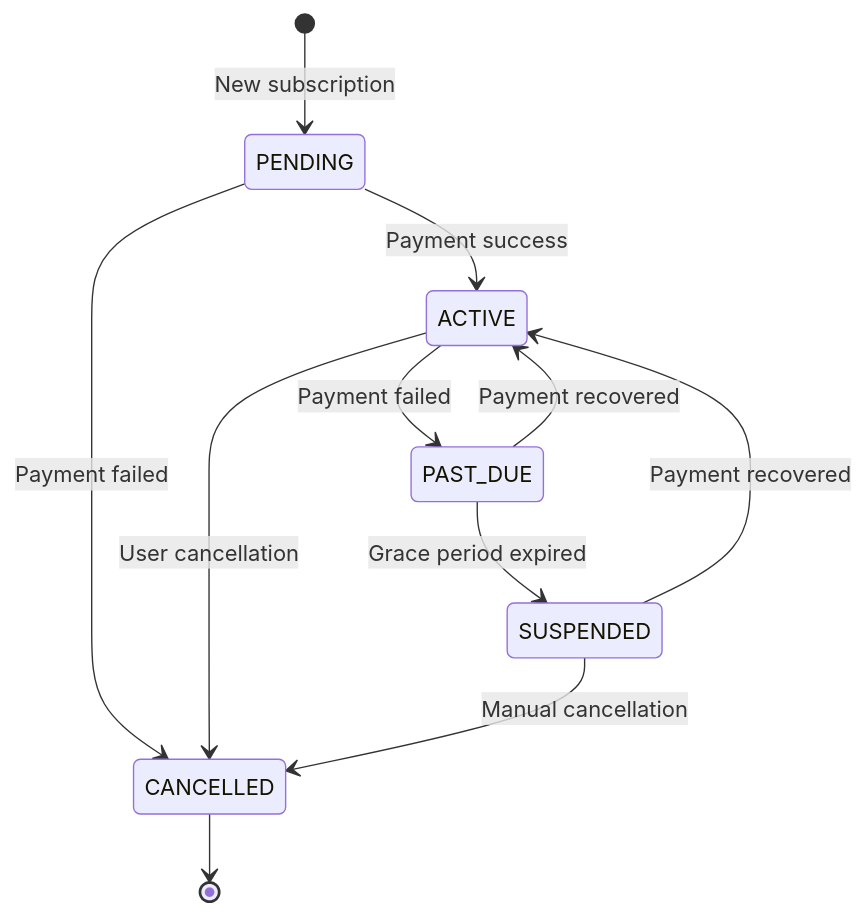
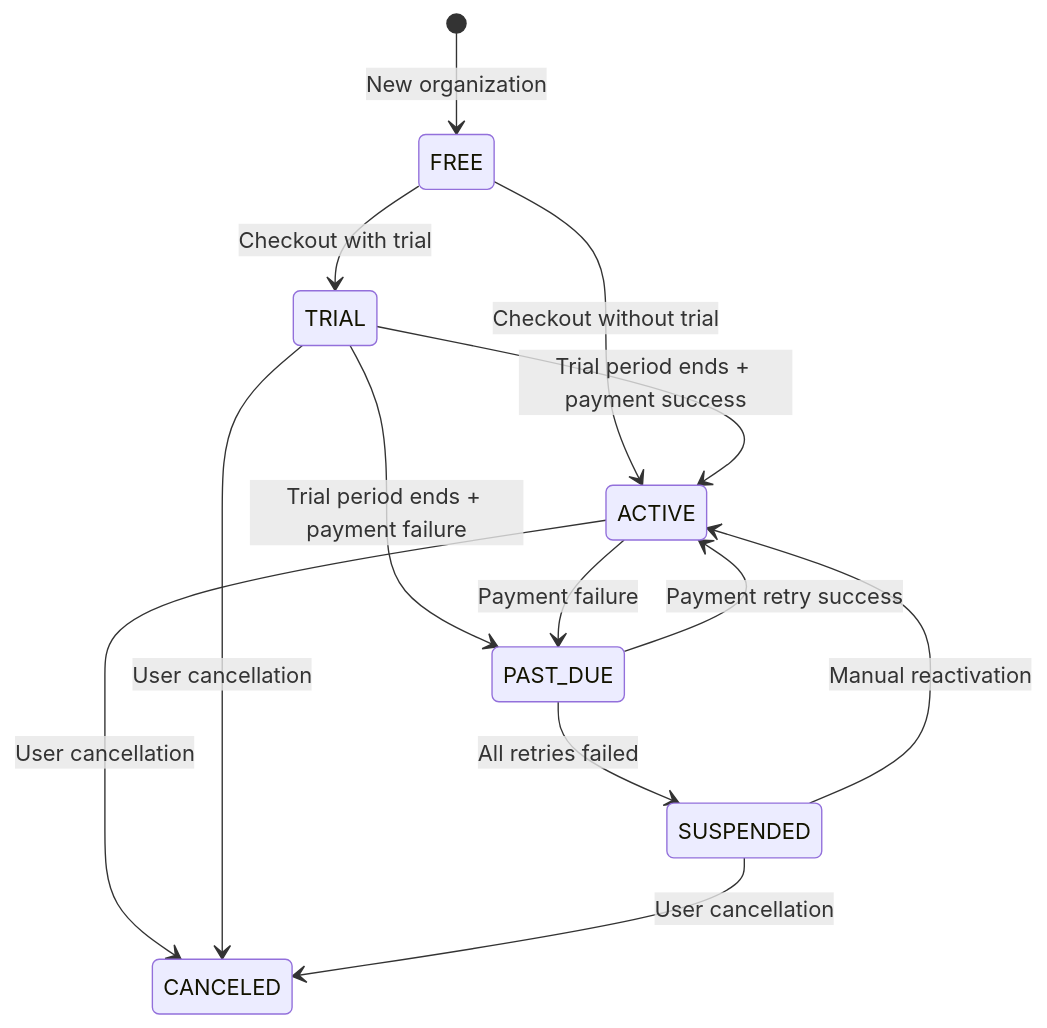
Before and after one commit to tech-propwise-org/docs: the second of 2 diagrams in backend/subscription/subscription-module-specification-active.mdx, drawn with Mermaid. The commit also changed other lines of this file and 61 other files, not shown here.

````diff
--- a/backend/subscription/subscription-module-specification-active.mdx
+++ b/backend/subscription/subscription-module-specification-active.mdx
@@ -769,16 +586,15 @@
 ```mermaid
 stateDiagram-v2
-    [*] --> PENDING: New subscription
-    PENDING --> ACTIVE: Payment success
-    PENDING --> CANCELLED: Payment failed
-    
-    ACTIVE --> PAST_DUE: Payment failed
-    PAST_DUE --> ACTIVE: Payment recovered
-    PAST_DUE --> SUSPENDED: Grace period expired
-    
-    ACTIVE --> CANCELLED: User cancellation
-    SUSPENDED --> ACTIVE: Payment recovered
-    SUSPENDED --> CANCELLED: Manual cancellation
-    
-    CANCELLED --> [*]
+    [*] --> FREE: New organization
+    FREE --> TRIAL: Checkout with trial
+    FREE --> ACTIVE: Checkout without trial
+    TRIAL --> ACTIVE: Trial period ends + payment success
+    TRIAL --> PAST_DUE: Trial period ends + payment failure
+    ACTIVE --> PAST_DUE: Payment failure
+    PAST_DUE --> ACTIVE: Payment retry success
+    PAST_DUE --> SUSPENDED: All retries failed
+    SUSPENDED --> ACTIVE: Manual reactivation
+    ACTIVE --> CANCELED: User cancellation
+    TRIAL --> CANCELED: User cancellation
+    SUSPENDED --> CANCELED: User cancellation
 ```
````
